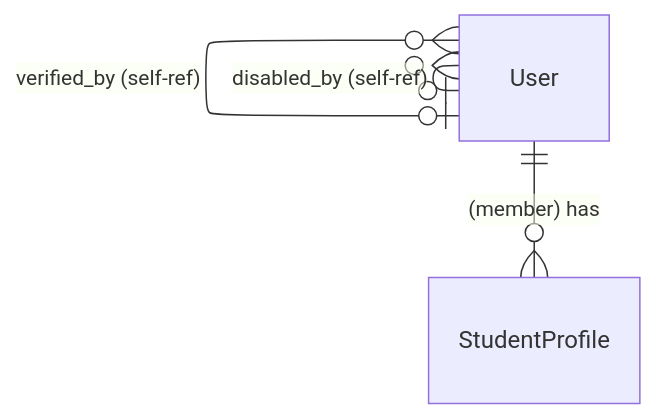
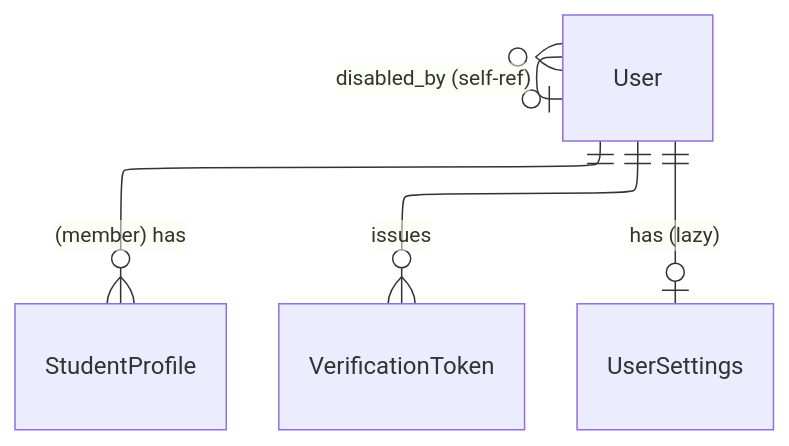
Before and after one commit to lucasidev/plan-b: the second of 3 diagrams in docs/engineering/data-model.md, drawn with Mermaid. The commit also changed other lines of this file and 4 other files, not shown here.

````diff
--- a/docs/engineering/data-model.md
+++ b/docs/engineering/data-model.md
@@ -61,10 +61,11 @@
 ```mermaid
 ---
 config:
     layout: elk
 ---
 erDiagram
     User ||--o{ StudentProfile : "(member) has"
+    User ||--o{ VerificationToken : issues
+    User ||--o| UserSettings : "has (lazy)"
     User }o--o| User : "disabled_by (self-ref)"
-    User }o--o| User : "verified_by (self-ref)"
 ```
````
